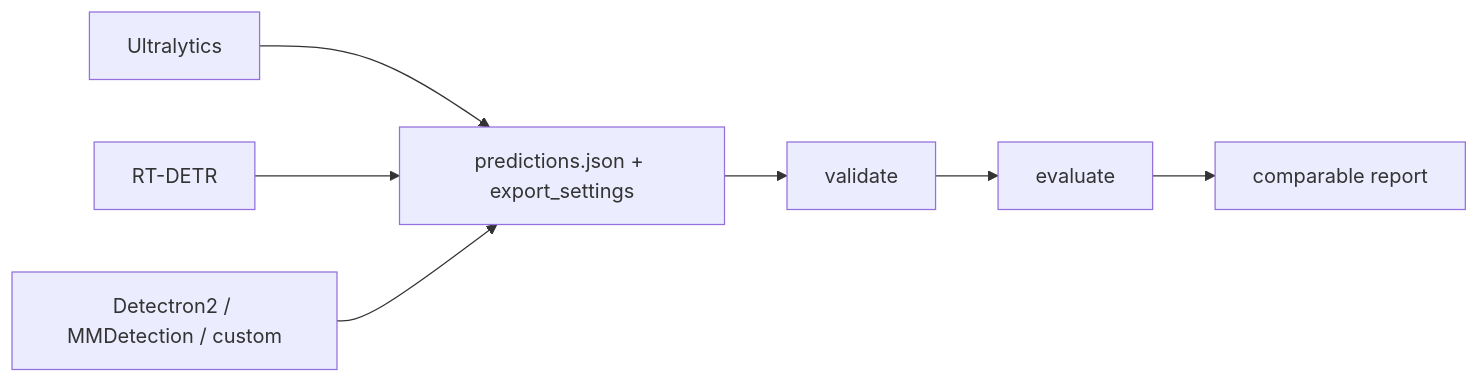
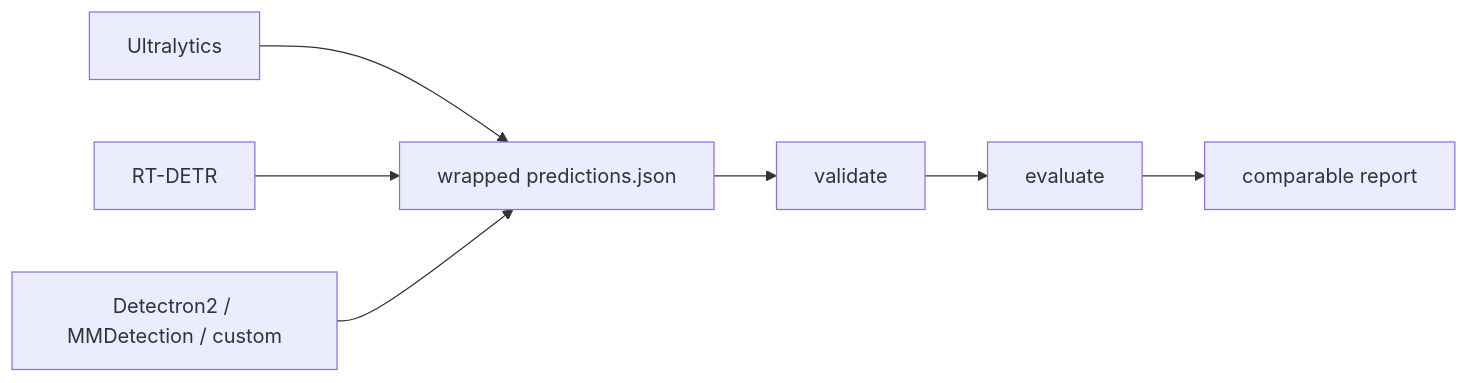
Before and after one commit to ToppyMicroServices/YOLOZU: the diagram in README.md, drawn with Mermaid. The commit also changed other lines of this file and 1 other file, not shown here.

````diff
--- a/README.md
+++ b/README.md
@@ -29,9 +21,9 @@
 ```mermaid
 flowchart LR
-    A["Ultralytics"] --> D["predictions.json + export_settings"]
+    A["Ultralytics"] --> D["wrapped predictions.json"]
     B["RT-DETR"] --> D
     C["Detectron2 / MMDetection / custom"] --> D
     D --> E["validate"]
     E --> F["evaluate"]
     F --> G["comparable report"]
 ```
````
